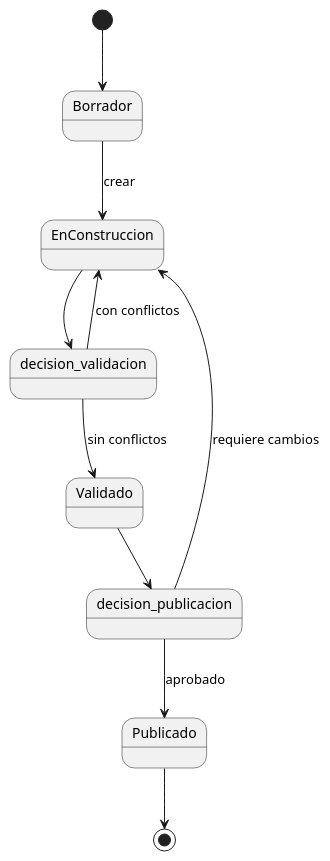
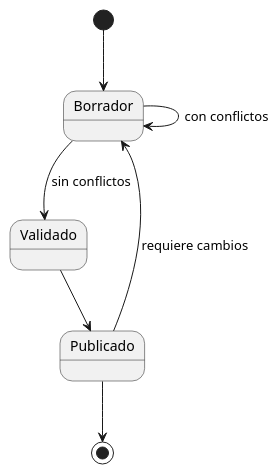
The diagram in Constructor_De_Horarios/images/modelosUML/diagramasDeEstados/horarios.puml (antoniogavilanes/Constructor_De_Horarios), drawn with PlantUML before and after one commit. The commit also changed 2 other files, not shown here.

Commit message:
Diagrama de estados actualizado

```diff
--- a/Constructor_De_Horarios/images/modelosUML/diagramasDeEstados/horarios.puml
+++ b/Constructor_De_Horarios/images/modelosUML/diagramasDeEstados/horarios.puml
@@ -1,18 +1,13 @@
 @startuml
 
 [*] --> Borrador
 
-Borrador --> EnConstruccion : crear
+Borrador --> Validado : sin conflictos
 
-EnConstruccion --> decision_validacion <<choice>>
+Borrador --> Borrador : con conflictos
 
-decision_validacion --> Validado : sin conflictos
-decision_validacion --> EnConstruccion : con conflictos
-
-Validado --> decision_publicacion <<choice>>
-
-decision_publicacion --> Publicado : aprobado
-decision_publicacion --> EnConstruccion : requiere cambios
+Validado --> Publicado
+Publicado --> Borrador : requiere cambios
 
 Publicado --> [*]
 @enduml
```
